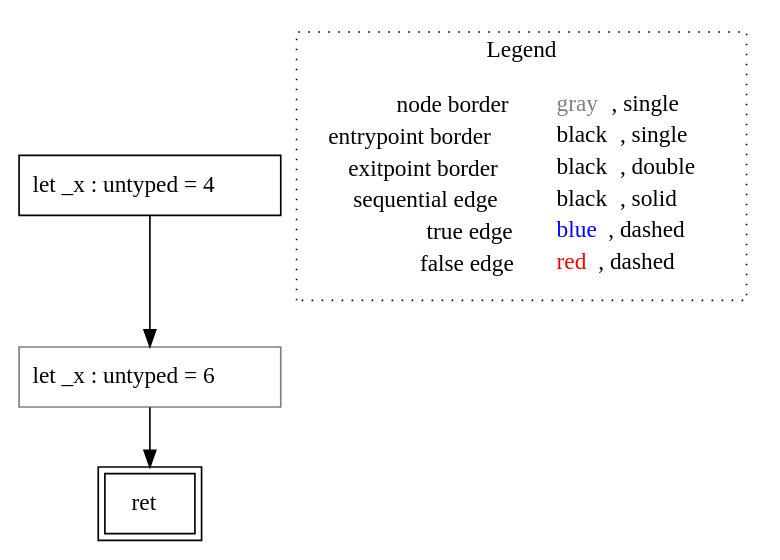
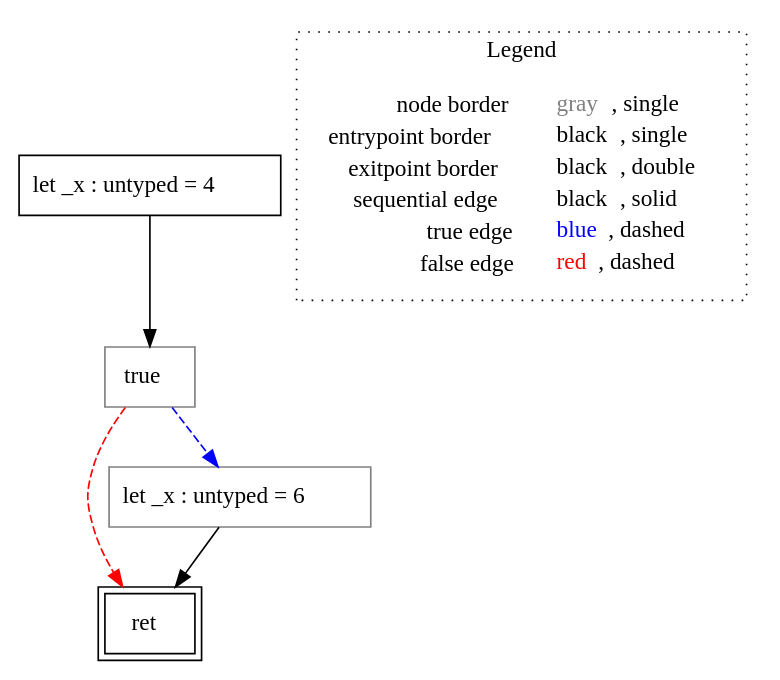
The diagram in rust-lisa/rust-testcases/cfg/return-void/()_rust-testcases_cfg_return-void_return-void.rs.func6().dot (VincenzoArceri/rust-lisa), drawn with Graphviz before and after one commit. The commit also changed 7 other files, not shown here.

```diff
--- a/rust-lisa/rust-testcases/cfg/return-void/()_rust-testcases_cfg_return-void_return-void.rs.func6().dot
+++ b/rust-lisa/rust-testcases/cfg/return-void/()_rust-testcases_cfg_return-void_return-void.rs.func6().dot
@@ -1,14 +1,17 @@
 digraph {
 	"node0" [shape="rect",color="black",label=<let _x : untyped = 4>];
 	"node1" [shape="rect",color="black",peripheries="2",label=<ret>];
 	"node2" [shape="rect",color="gray",label=<let _x : untyped = 6>];
-	"node0" -> "node2" [color="black"];
+	"node3" [shape="rect",color="gray",label=<true>];
+	"node0" -> "node3" [color="black"];
 	"node2" -> "node1" [color="black"];
+	"node3" -> "node1" [color="red",style="dashed"];
+	"node3" -> "node2" [color="blue",style="dashed"];
 subgraph cluster_legend {
 	label="Legend";
 	style=dotted;
 	node [shape=plaintext];
 	"legend" [label=<<table border="0" cellpadding="2" cellspacing="0" cellborder="0"><tr><td align="right">node border&nbsp;</td><td align="left"><font color="gray">gray</font>, single</td></tr><tr><td align="right">entrypoint border&nbsp;</td><td align="left"><font color="black">black</font>, single</td></tr><tr><td align="right">exitpoint border&nbsp;</td><td align="left"><font color="black">black</font>, double</td></tr><tr><td align="right">sequential edge&nbsp;</td><td align="left"><font color="black">black</font>, solid</td></tr><tr><td align="right">true edge&nbsp;</td><td align="left"><font color="blue">blue</font>, dashed</td></tr><tr><td align="right">false edge&nbsp;</td><td align="left"><font color="red">red</font>, dashed</td></tr></table>>];
 }
 
 }
```
